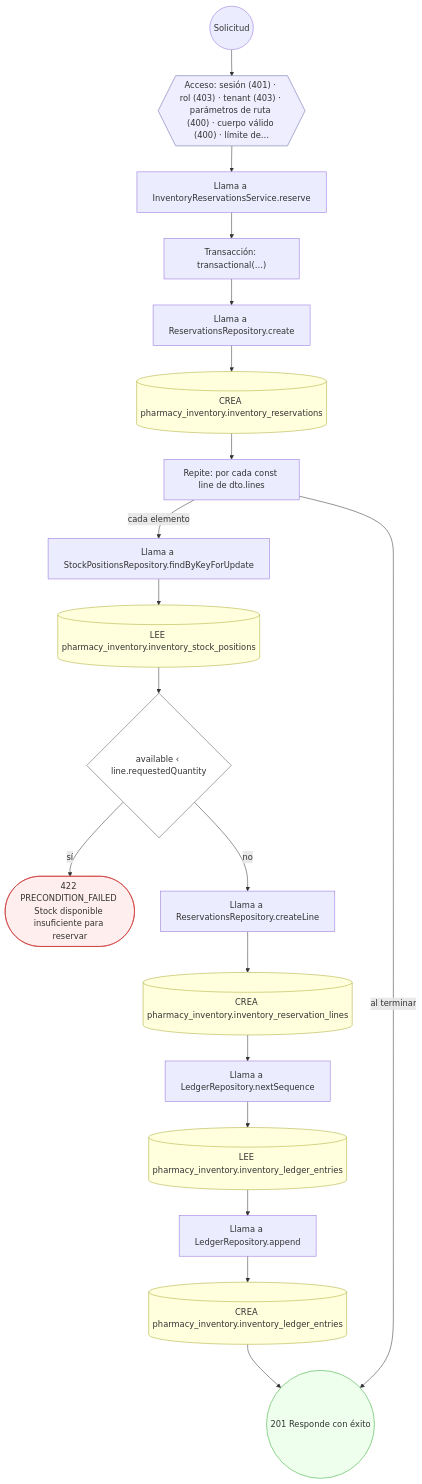
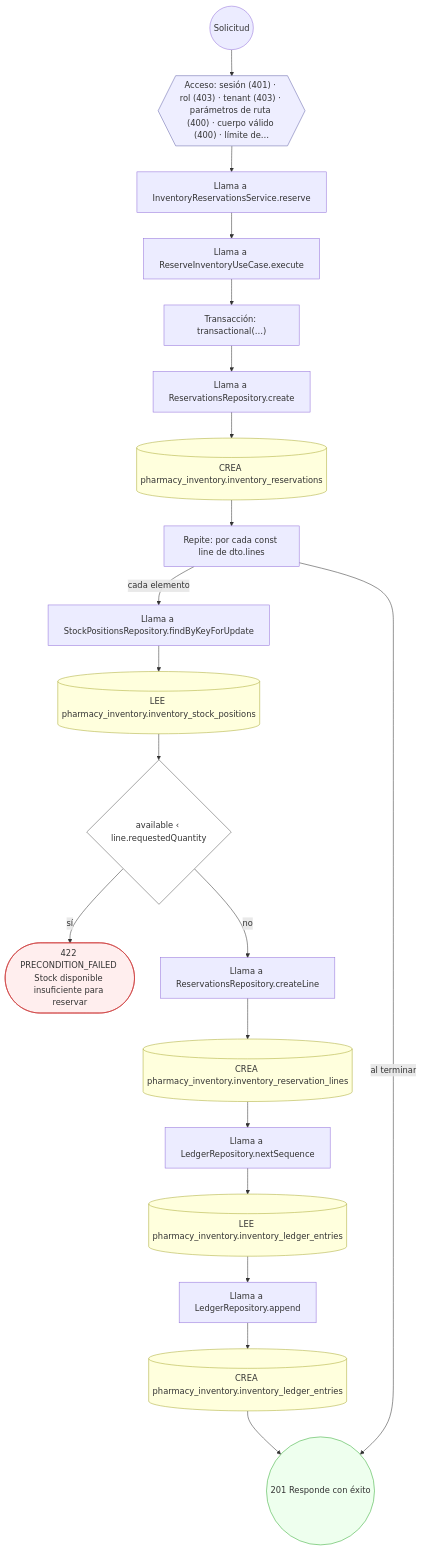
Diagram 12 of 30 in docs/inventario/flujos/pharmacy_inventory.md (mdavila-2001/mantra-core-health-api), drawn with Mermaid before and after one commit. The commit also changed other lines of this file and 451 other files, not shown here.

````diff
--- a/docs/inventario/flujos/pharmacy_inventory.md
+++ b/docs/inventario/flujos/pharmacy_inventory.md
@@ -1182,45 +1168,47 @@
 ```mermaid
 flowchart TD
   n1(("Solicitud")):::inicio
   n2{{"Acceso: sesión (401) · rol (403) · tenant (403) · parámetros de ruta (400) · cuerpo válido (400) · límite de…"}}:::acceso
   n1 --> n2
   n3["Llama a InventoryReservationsService.reserve"]:::llamada
   n2 --> n3
-  n4["Transacción: transactional(…)"]:::transaccion
+  n4["Llama a ReserveInventoryUseCase.execute"]:::llamada
   n3 --> n4
-  n5["Llama a ReservationsRepository.create"]:::llamada
+  n5["Transacción: transactional(…)"]:::transaccion
   n4 --> n5
-  n6[("CREA pharmacy_inventory.inventory_reservations")]:::efecto
+  n6["Llama a ReservationsRepository.create"]:::llamada
   n5 --> n6
-  n7["Repite: por cada const line de dto.lines"]:::bucle
+  n7[("CREA pharmacy_inventory.inventory_reservations")]:::efecto
   n6 --> n7
-  n8["Llama a StockPositionsRepository.findByKeyForUpdate"]:::llamada
-  n7 -->|"cada elemento"| n8
-  n9[("LEE pharmacy_inventory.inventory_stock_positions")]:::efecto
-  n8 --> n9
-  n10{"available ‹ line.requestedQuantity"}:::decision
+  n8["Repite: por cada const line de dto.lines"]:::bucle
+  n7 --> n8
+  n9["Llama a StockPositionsRepository.findByKeyForUpdate"]:::llamada
+  n8 -->|"cada elemento"| n9
+  n10[("LEE pharmacy_inventory.inventory_stock_positions")]:::efecto
   n9 --> n10
-  n11(["422 PRECONDITION_FAILED Stock disponible insuficiente para reservar"]):::error
-  n10 -->|"sí"| n11
-  n12["Llama a ReservationsRepository.createLine"]:::llamada
-  n10 -->|"no"| n12
-  n13[("CREA pharmacy_inventory.inventory_reservation_lines")]:::efecto
-  n12 --> n13
-  n14["Llama a LedgerRepository.nextSequence"]:::llamada
+  n11{"available ‹ line.requestedQuantity"}:::decision
+  n10 --> n11
+  n12(["422 PRECONDITION_FAILED Stock disponible insuficiente para reservar"]):::error
+  n11 -->|"sí"| n12
+  n13["Llama a ReservationsRepository.createLine"]:::llamada
+  n11 -->|"no"| n13
+  n14[("CREA pharmacy_inventory.inventory_reservation_lines")]:::efecto
   n13 --> n14
-  n15[("LEE pharmacy_inventory.inventory_ledger_entries")]:::efecto
+  n15["Llama a LedgerRepository.nextSequence"]:::llamada
   n14 --> n15
-  n16["Llama a LedgerRepository.append"]:::llamada
+  n16[("LEE pharmacy_inventory.inventory_ledger_entries")]:::efecto
   n15 --> n16
-  n17[("CREA pharmacy_inventory.inventory_ledger_entries")]:::efecto
+  n17["Llama a LedgerRepository.append"]:::llamada
   n16 --> n17
-  n18(("201 Responde con éxito")):::ok
+  n18[("CREA pharmacy_inventory.inventory_ledger_entries")]:::efecto
   n17 --> n18
-  n7 -->|"al terminar"| n18
+  n19(("201 Responde con éxito")):::ok
+  n18 --> n19
+  n8 -->|"al terminar"| n19
   classDef acceso fill:#eef,stroke:#66a
   classDef error fill:#fee,stroke:#c33
   classDef ok fill:#efe,stroke:#3a3
   classDef efecto fill:#ffd,stroke:#aa3
   classDef decision fill:#fff,stroke:#555
   classDef corte fill:#eee,stroke:#999,stroke-dasharray: 4
 ```
````
